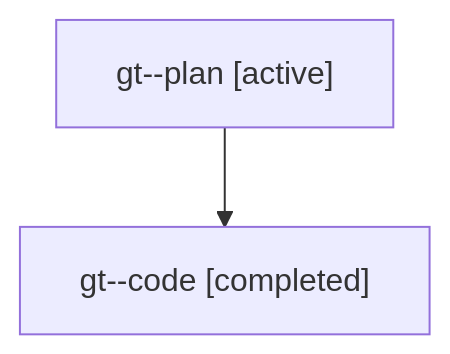
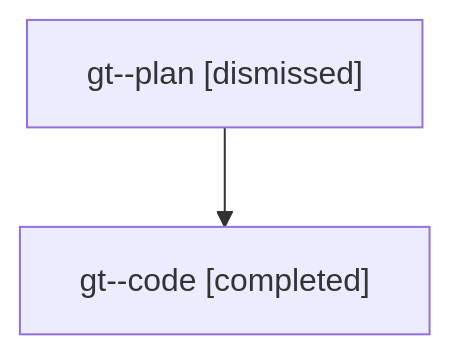
The diagram in sessions/bbugyi200.athena.gt.md (sase-org/sase--agents), drawn with Mermaid before and after one commit. The commit also changed other lines of this file and 74 other files, not shown here.

````diff
--- a/sessions/bbugyi200.athena.gt.md
+++ b/sessions/bbugyi200.athena.gt.md
@@ -9,6 +9,6 @@
 ```mermaid
 flowchart TD
-  n0["gt--plan [active]"]
+  n0["gt--plan [dismissed]"]
   n1["gt--code [completed]"]
   n0 --> n1
 ```
````
